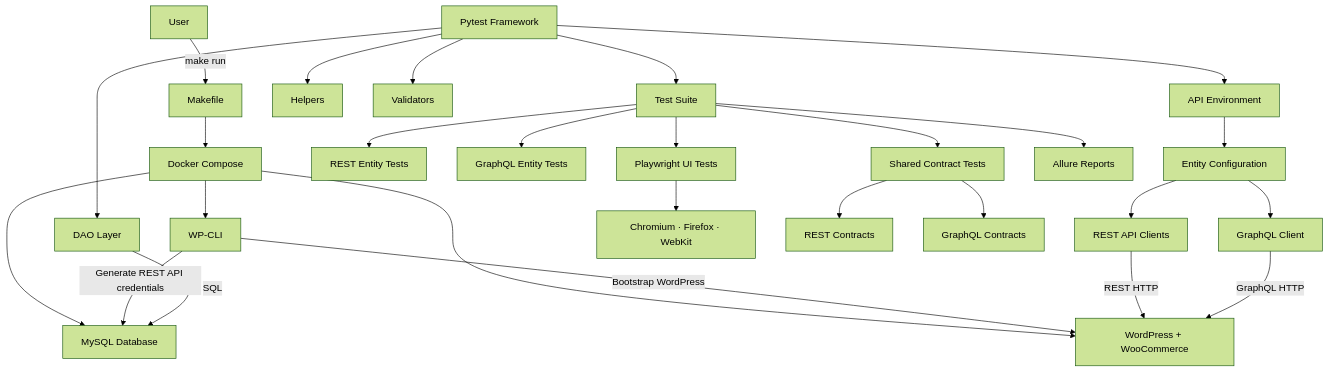
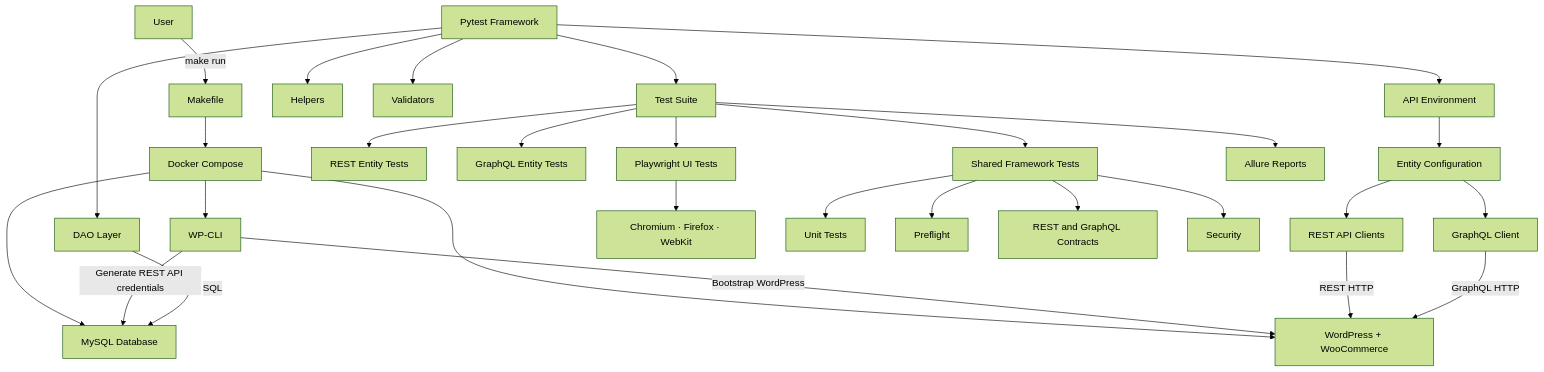
One commit to Kwakic/TestingWoocommerceAPI changed the diagram in README.md. Above: the diagram before and after it, drawn with Mermaid (forest theme). The commit also changed other lines of this file and 34 other files, not shown here.

````diff
--- a/README.md
+++ b/README.md
@@ -195,40 +196,42 @@
 ```mermaid
 flowchart TD
 
     A[User] -->|make run| B[Makefile]
     B --> C[Docker Compose]
 
     C --> D[MySQL Database]
     C --> E[WordPress + WooCommerce]
     C --> F[WP-CLI]
 
     F -->|Bootstrap WordPress| E
     F -->|Generate REST API credentials| D
 
     G[Pytest Framework] --> N[API Environment]
     N --> O[Entity Configuration]
 
     O --> H[REST API Clients]
     O --> Q[GraphQL Client]
 
     G --> I[Helpers]
     G --> J[Validators]
     G --> K[DAO Layer]
 
     H -->|REST HTTP| E
     Q -->|GraphQL HTTP| E
     K -->|SQL| D
 
     G --> L[Test Suite]
 
     L --> R[REST Entity Tests]
     L --> S[GraphQL Entity Tests]
     L --> W[Playwright UI Tests]
     W --> X[Chromium · Firefox · WebKit]
 
-    L --> T[Shared Contract Tests]
-    T --> U[REST Contracts]
-    T --> V[GraphQL Contracts]
+    L --> T[Shared Framework Tests]
+    T --> U[Unit Tests]
+    T --> V[Preflight]
+    T --> AA[REST and GraphQL Contracts]
+    T --> AB[Security]
 
     L --> M[Allure Reports]
 ```
````
